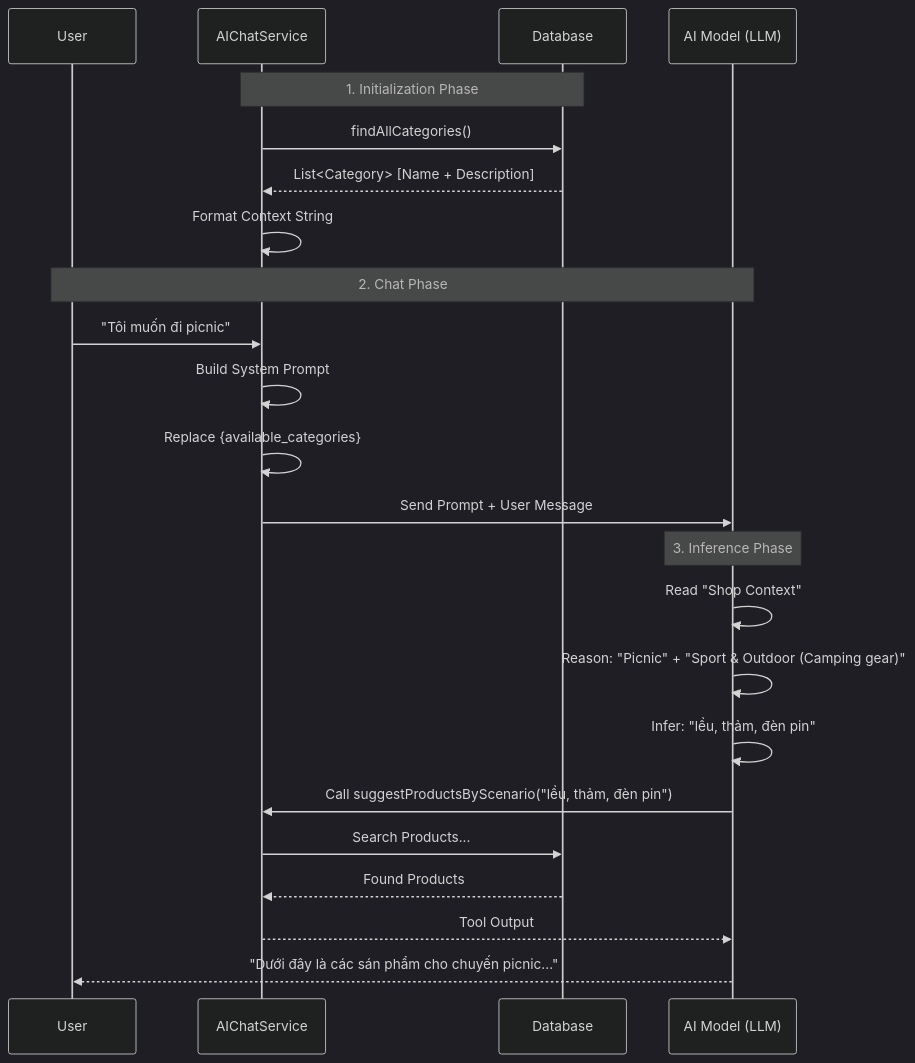
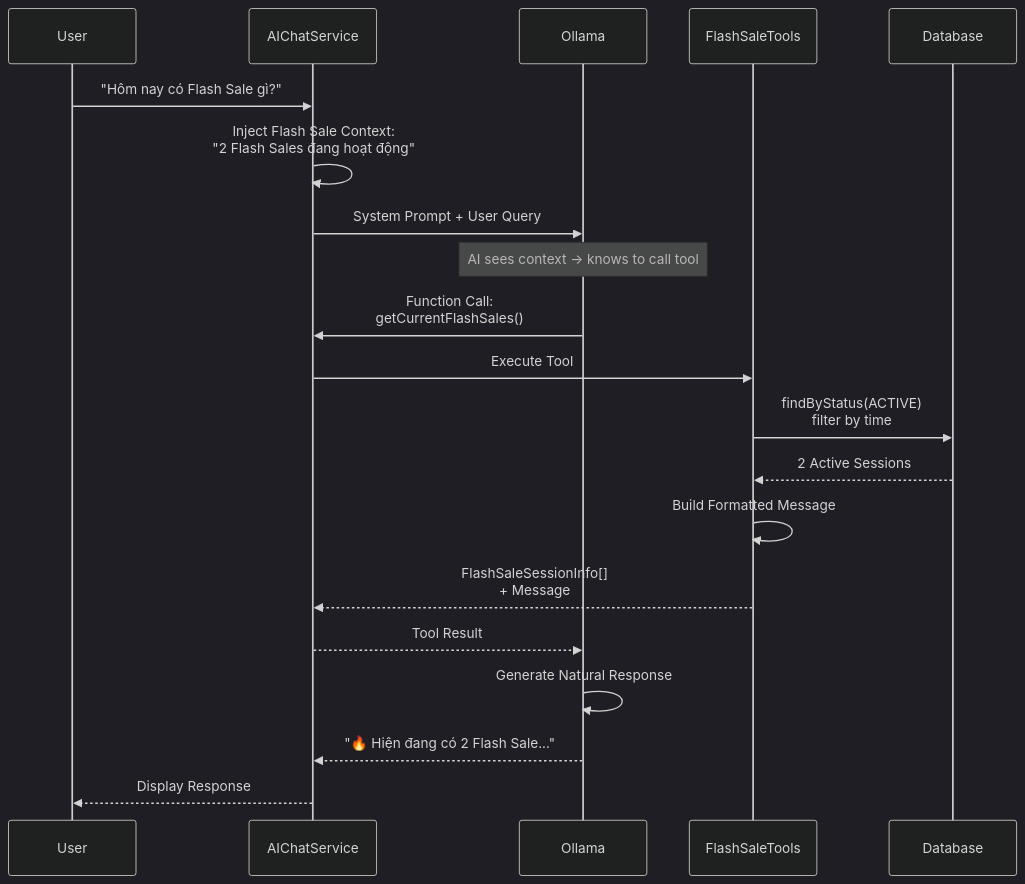
Diagram 15 of 16 in documents/activity/AI_CONTEXT_AWARE_ACTIVITY.md (ThuanNgcodelor/VibeX-E-Commerce), drawn with Mermaid (dark theme) before and after one commit. The commit also changed other lines of this file and 19 other files, not shown here.

````diff
--- a/documents/activity/AI_CONTEXT_AWARE_ACTIVITY.md
+++ b/documents/activity/AI_CONTEXT_AWARE_ACTIVITY.md
@@ -70,30 +1071,26 @@
 ```mermaid
 sequenceDiagram
-    participant User
-    participant Service as AIChatService
+    participant U as User
+    participant S as AIChatService
+    participant AI as Ollama
+    participant FST as FlashSaleTools
     participant DB as Database
-    participant AI as AI Model (LLM)
     
-    Note over Service, DB: 1. Initialization Phase
-    Service->>DB: findAllCategories()
-    DB-->>Service: List<Category> [Name + Description]
-    Service->>Service: Format Context String
+    U->>S: "Hôm nay có Flash Sale gì?"
+    S->>S: Inject Flash Sale Context:<br/>"2 Flash Sales đang hoạt động"
+    S->>AI: System Prompt + User Query
     
-    Note over User, AI: 2. Chat Phase
-    User->>Service: "Tôi muốn đi picnic"
-    Service->>Service: Build System Prompt
-    Service->>Service: Replace {available_categories}
-    Service->>AI: Send Prompt + User Message
+    Note over AI: AI sees context → knows to call tool
     
-    Note over AI: 3. Inference Phase
-    AI->>AI: Read "Shop Context"
-    AI->>AI: Reason: "Picnic" + "Sport & Outdoor (Camping gear)"
-    AI->>AI: Infer: "lều, thảm, đèn pin"
+    AI->>S: Function Call:<br/>getCurrentFlashSales()
+    S->>FST: Execute Tool
+    FST->>DB: findByStatus(ACTIVE)<br/>filter by time
+    DB-->>FST: 2 Active Sessions
+    FST->>FST: Build Formatted Message
+    FST-->>S: FlashSaleSessionInfo[]<br/>+ Message
+    S-->>AI: Tool Result
     
-    AI->>Service: Call suggestProductsByScenario("lều, thảm, đèn pin")
-    Service->>DB: Search Products...
-    DB-->>Service: Found Products
-    Service-->>AI: Tool Output
-    
-    AI-->>User: "Dưới đây là các sán phẩm cho chuyến picnic..."
+    AI->>AI: Generate Natural Response
+    AI-->>S: "🔥 Hiện đang có 2 Flash Sale..."
+    S-->>U: Display Response
 ```
````
